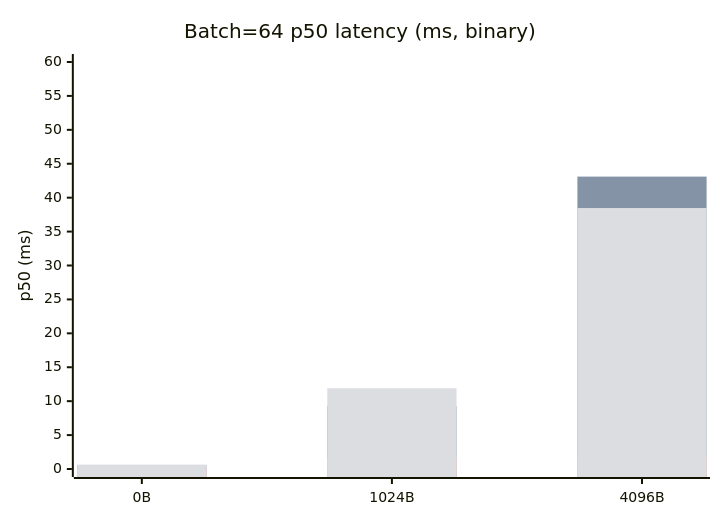
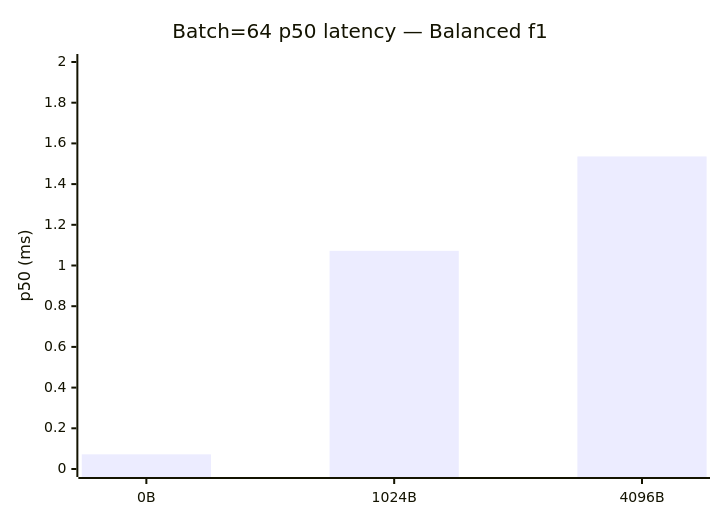
The ninth of 22 diagrams in services/broker/README.md (gabloe/felix), drawn with Mermaid before and after one commit. The commit also changed other lines of this file and 2 other files, not shown here.

````diff
--- a/services/broker/README.md
+++ b/services/broker/README.md
@@ -100,10 +139,7 @@
 ```mermaid
 xychart-beta
-    title "Batch=64 p50 latency (ms, binary)"
+    title "Batch=64 p50 latency — Balanced f1"
     x-axis ["0B","1024B","4096B"]
-    y-axis "p50 (ms)" 0 --> 60
-    bar "Balanced f1" [0.070,1.090,1.633]
-    bar "Balanced f10" [0.536,9.303,43.104]
-    bar "High-memory f1" [0.077,1.607,1.840]
-    bar "High-memory f10" [0.646,11.906,38.472]
+    y-axis "p50 (ms)" 0 --> 2
+    bar [0.072,1.072,1.536]
 ```
````
